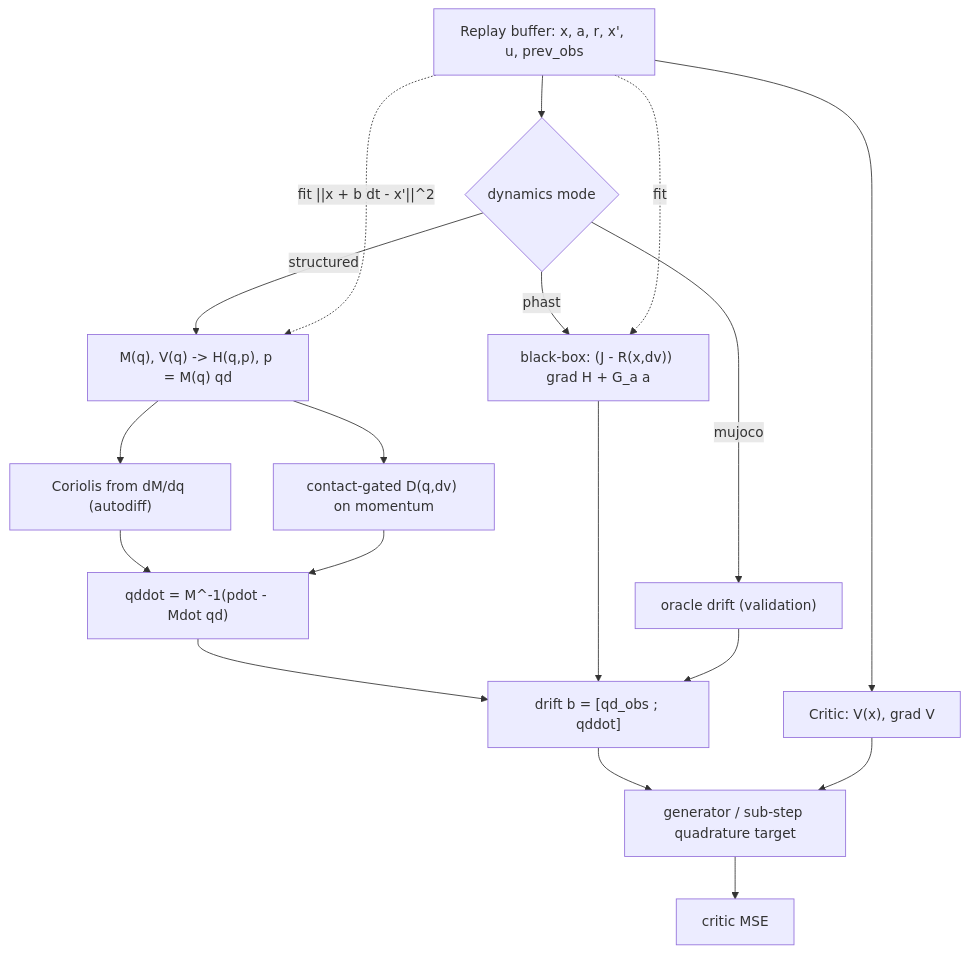
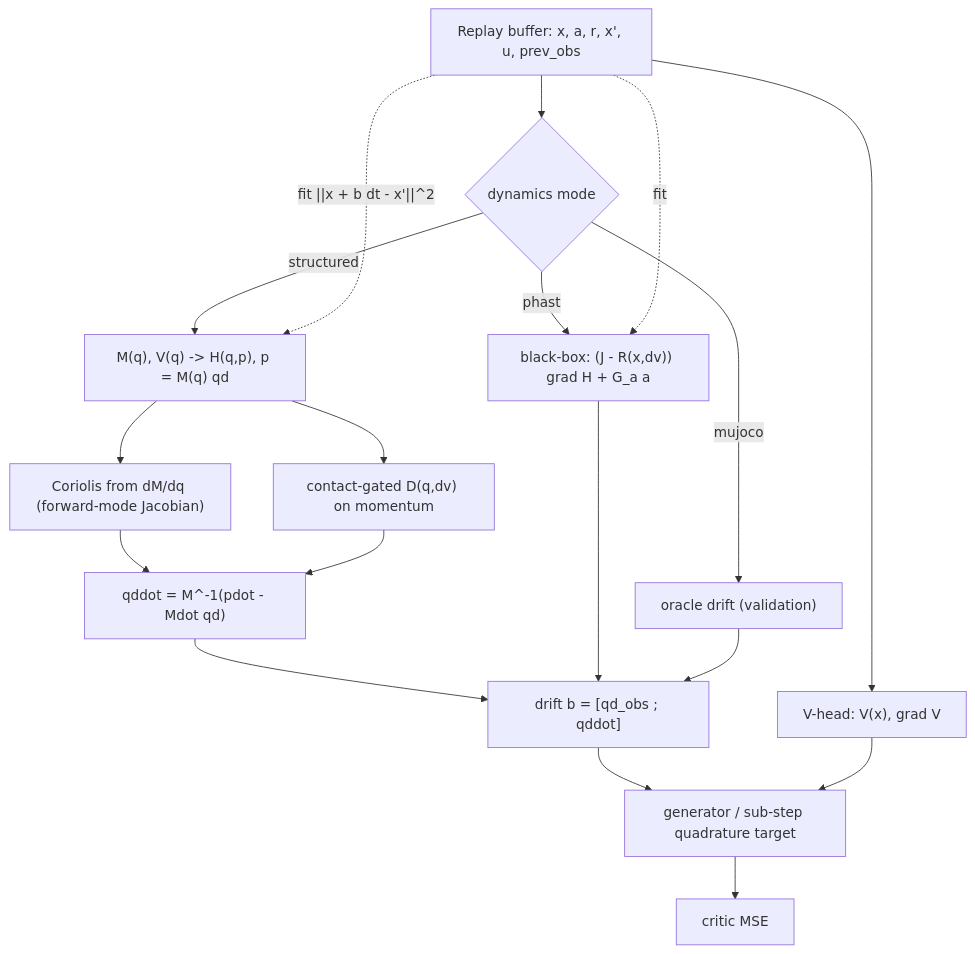
One commit to sebale16/ct-rl changed the diagram in docs/structured_dynamics_model.md. Above: the diagram before and after it, drawn with Mermaid. The commit also changed other lines of this file, not shown here.

````diff
--- a/docs/structured_dynamics_model.md
+++ b/docs/structured_dynamics_model.md
@@ -144,20 +219,20 @@
 ```mermaid
 flowchart TD
-    RB["Replay buffer: x, a, r, x', u, prev_obs"] --> CR["Critic: V(x), grad V"]
+    RB["Replay buffer: x, a, r, x', u, prev_obs"] --> CR["V-head: V(x), grad V"]
     RB --> DR{"dynamics mode"}
     DR -->|"mujoco"| OR["oracle drift (validation)"]
     DR -->|"phast"| BB["black-box: (J - R(x,dv)) grad H + G_a a"]
     DR -->|"structured"| ST["M(q), V(q) -> H(q,p), p = M(q) qd"]
-    ST --> COR["Coriolis from dM/dq (autodiff)"]
+    ST --> COR["Coriolis from dM/dq (forward-mode Jacobian)"]
     ST --> DMP["contact-gated D(q,dv) on momentum"]
     COR --> QD["qddot = M^-1(pdot - Mdot qd)"]
     DMP --> QD
     QD --> BD["drift b = [qd_obs ; qddot]"]
     BB --> BD
     OR --> BD
     BD --> GEN["generator / sub-step quadrature target"]
     CR --> GEN
     GEN --> LOSS["critic MSE"]
     RB -.fit ||x + b dt - x'||^2.-> ST
     RB -.fit.-> BB
 ```
````
